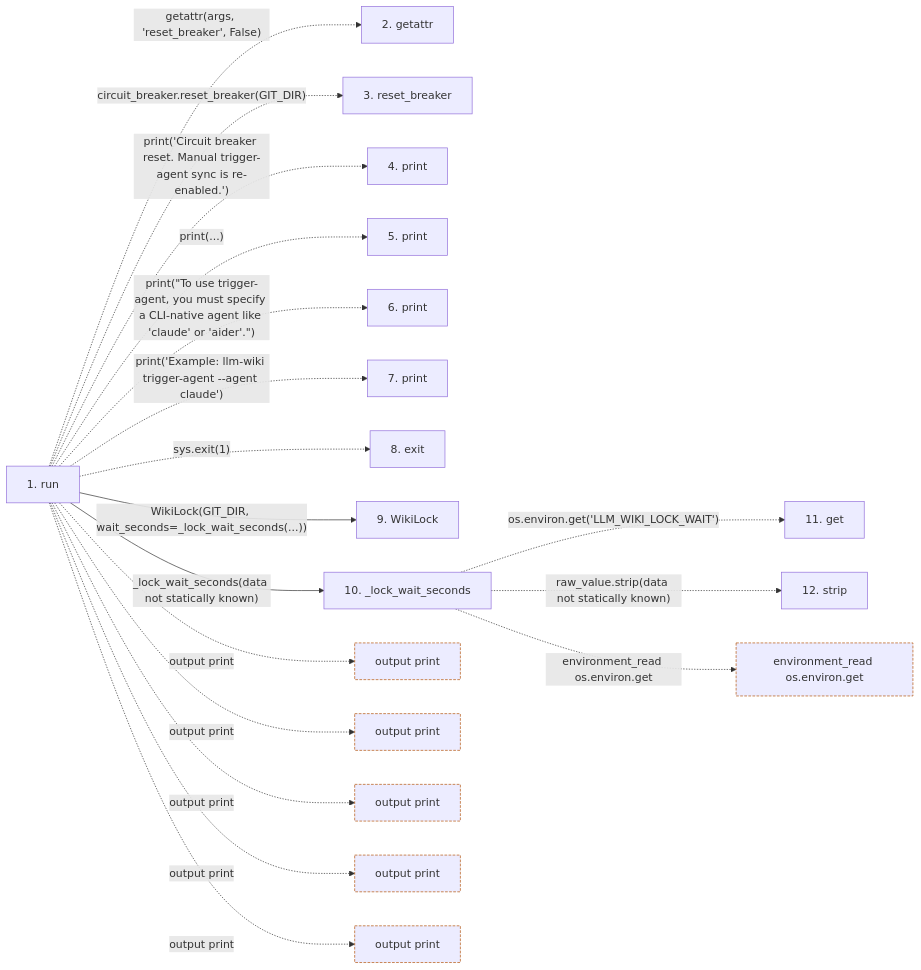
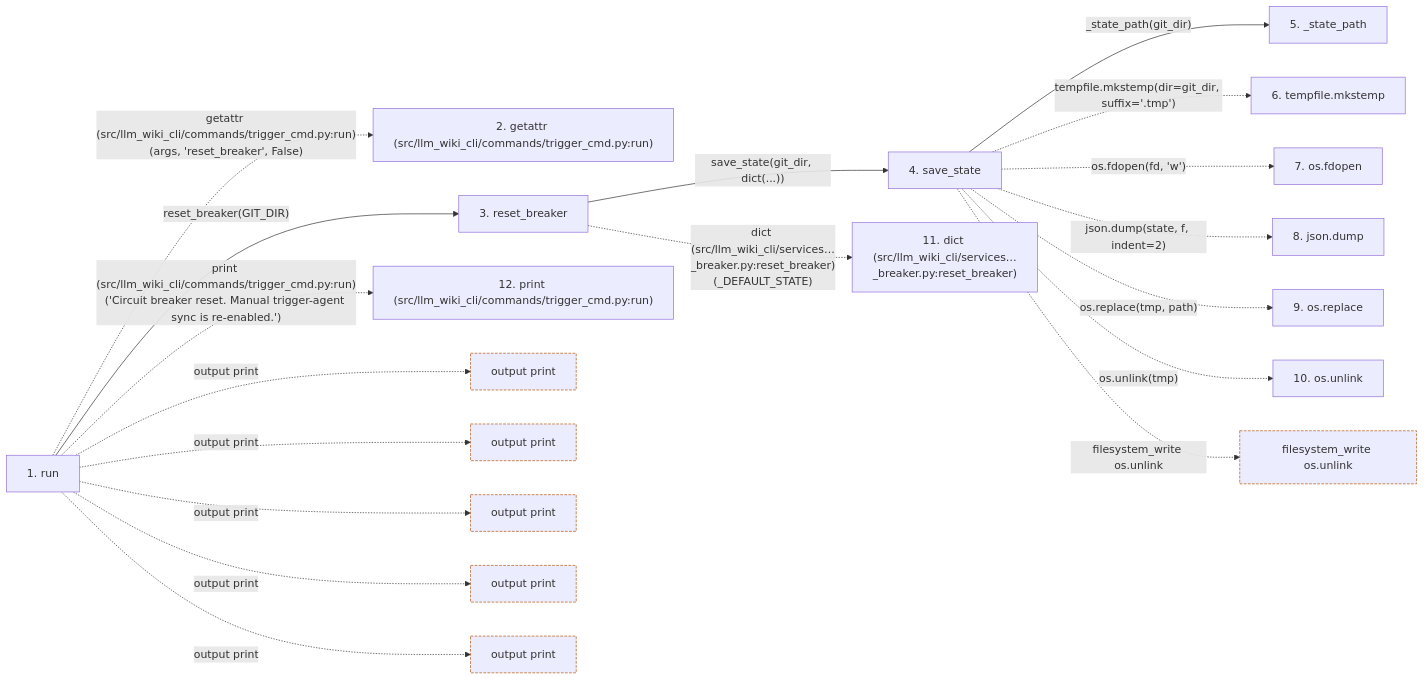
The second of 2 diagrams in docs/llm_wiki/flows/cli-trigger-agent.md (Denissvgn/python-wiki-llm), drawn with Mermaid before and after one commit. The commit also changed other lines of this file and 719 other files, not shown here.

````diff
--- a/docs/llm_wiki/flows/cli-trigger-agent.md
+++ b/docs/llm_wiki/flows/cli-trigger-agent.md
@@ -102,48 +112,49 @@
 ```mermaid
 flowchart LR
     s1["1. run"]
-    s2["2. getattr"]
+    s2["2. getattr (src/llm_wiki_cli/commands/trigger_cmd.py:run)"]
     s3["3. reset_breaker"]
-    s4["4. print"]
-    s5["5. print"]
-    s6["6. print"]
-    s7["7. print"]
-    s8["8. exit"]
-    s9["9. WikiLock"]
-    s10["10. _lock_wait_seconds"]
-    s11["11. get"]
-    s12["12. strip"]
-    s1 -. "getattr(args, 'reset_breaker', False)" .-> s2
-    s1 -. "circuit_breaker.reset_breaker(GIT_DIR)" .-> s3
-    s1 -. "print('Circuit breaker reset. Manual trigger-agent sync is re-enabled.')" .-> s4
-    s1 -. "print(...)" .-> s5
-    s1 -. "print(#34;To use trigger-agent, you must specify a CLI-native agent like 'claude' or 'aider'.#34;)" .-> s6
-    s1 -. "print('Example: llm-wiki trigger-agent --agent claude')" .-> s7
-    s1 -. "sys.exit(1)" .-> s8
-    s1 -->|"WikiLock(GIT_DIR, wait_seconds=_lock_wait_seconds(...))"| s9
-    s1 -->|"_lock_wait_seconds(data not statically known)"| s10
-    s10 -. "os.environ.get('LLM_WIKI_LOCK_WAIT')" .-> s11
-    s10 -. "raw_value.strip(data not statically known)" .-> s12
+    s4["4. save_state"]
+    s5["5. _state_path"]
+    s6["6. tempfile.mkstemp"]
+    s7["7. os.fdopen"]
+    s8["8. json.dump"]
+    s9["9. os.replace"]
+    s10["10. os.unlink"]
+    s11["11. dict (src/llm_wiki_cli/services…_breaker.py:reset_breaker)"]
+    s12["12. print (src/llm_wiki_cli/commands/trigger_cmd.py:run)"]
+    s1 -. "getattr (src/llm_wiki_cli/commands/trigger_cmd.py:run)(args, 'reset_breaker', False)" .-> s2
+    s1 -->|"reset_breaker(GIT_DIR)"| s3
+    s3 -->|"save_state(git_dir, dict(...))"| s4
+    s4 -->|"_state_path(git_dir)"| s5
+    s4 -. "tempfile.mkstemp(dir=git_dir, suffix='.tmp')" .-> s6
+    s4 -. "os.fdopen(fd, 'w')" .-> s7
+    s4 -. "json.dump(state, f, indent=2)" .-> s8
+    s4 -. "os.replace(tmp, path)" .-> s9
+    s4 -. "os.unlink(tmp)" .-> s10
+    s3 -. "dict (src/llm_wiki_cli/services…_breaker.py:reset_breaker)(_DEFAULT_STATE)" .-> s11
+    s1 -. "print (src/llm_wiki_cli/commands/trigger_cmd.py:run)('Circuit breaker reset. Manual trigger-agent sync is re-enabled.')" .-> s12
     b0["output print"]
     s1 -. "output print" .-> b0
     b1["output print"]
     s1 -. "output print" .-> b1
     b2["output print"]
     s1 -. "output print" .-> b2
     b3["output print"]
     s1 -. "output print" .-> b3
     b4["output print"]
     s1 -. "output print" .-> b4
-    b5["environment_read os.environ.get"]
-    s10 -. "environment_read os.environ.get" .-> b5
+    b5["filesystem_write os.unlink"]
+    s4 -. "filesystem_write os.unlink" .-> b5
     click s1 "../modules/trigger_cmd.md"
-    click s9 "../modules/lockfile.md"
-    click s10 "../modules/trigger_cmd.md"
+    click s3 "../modules/circuit_breaker.md"
+    click s4 "../modules/circuit_breaker.md"
+    click s5 "../modules/circuit_breaker.md"
     classDef boundary stroke:#b45309,stroke-dasharray: 4 2
     class b0 boundary
     class b1 boundary
     class b2 boundary
     class b3 boundary
     class b4 boundary
     class b5 boundary
 ```
````
